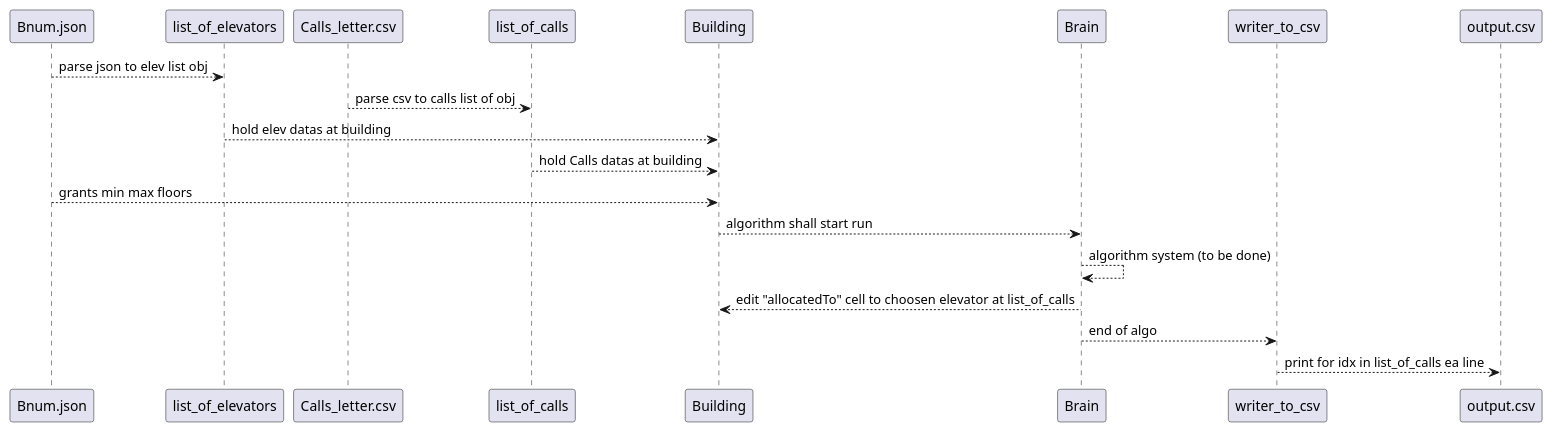
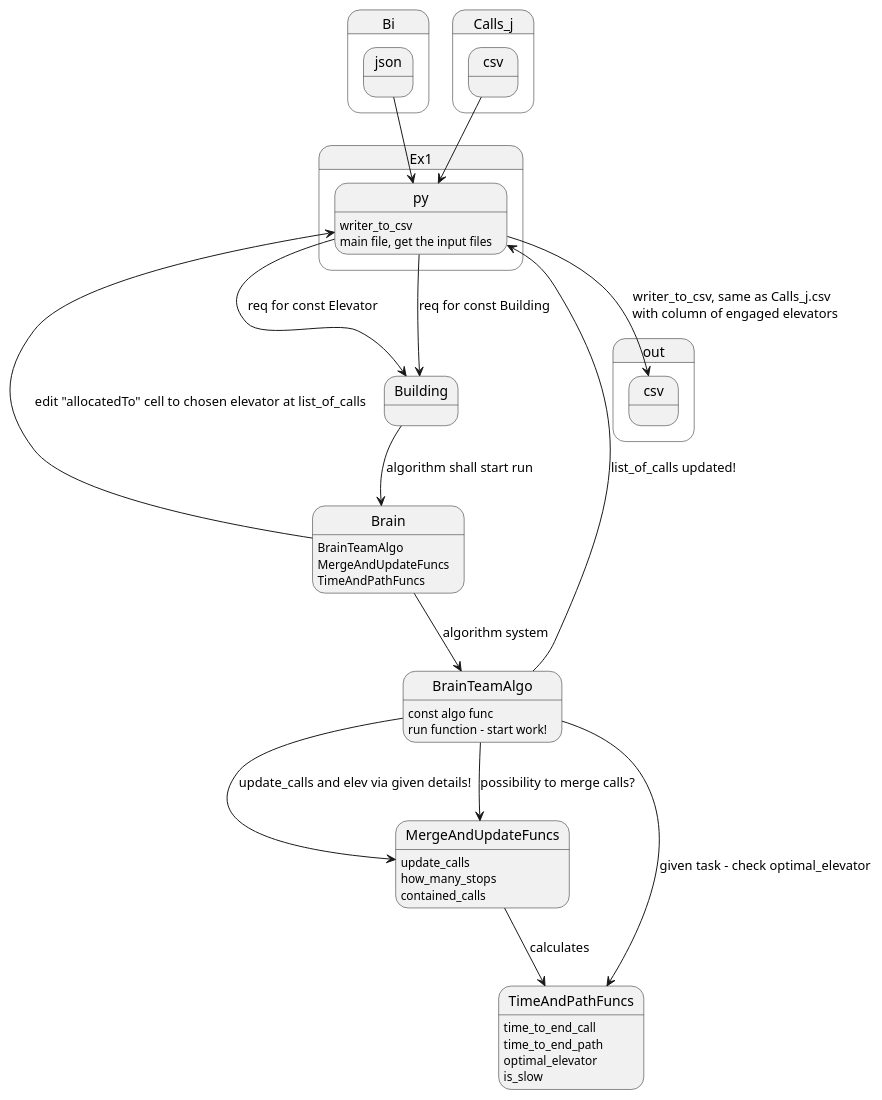
Before and after one commit to amiramir96/Ex1_OOP: the diagram in diagram.puml, drawn with PlantUML. The commit also changed 128 other files, not shown here.

```diff
--- a/diagram.puml
+++ b/diagram.puml
@@ -1,32 +1,60 @@
 @startuml
 'https://plantuml.com/sequence-diagram
 
+'list_of_calls: hold calls, sorted via startTime
+'list_of_elevators: hold elev,no sort
+'writer_to_csv --> output.csv : print for idx in list_of_calls ea line
+Ex1.py: writer_to_csv
+Ex1.py : main file, get the input files
+''elev list Sorted via ID number!
+'Bi.json --> list_of_elevators: parse json to elev list obj
 
-'json file input - building && elevator data
-'Bnum.json
-'csv file input - call for elevator data
-'Calls_letter.csv
+Brain : BrainTeamAlgo
+Brain : MergeAndUpdateFuncs
+Brain : TimeAndPathFuncs
 
-'elev list Sorted via ID number!
-Bnum.json --> list_of_elevators: parse json to elev list obj
+BrainTeamAlgo: const algo func
+BrainTeamAlgo: run function - start work!
 
-'Calls list Sorted via start time of task!!!
-Calls_letter.csv --> list_of_calls: parse csv to calls list of obj
+'the both below funcs is updating the chosen elevator
+'to: currect time and currect position of the end of the chain of task the elev got
+MergeAndUpdateFuncs: update_calls
+MergeAndUpdateFuncs: how_many_stops
+'the func check possibility to merge
+'between calls for the given elevator
+MergeAndUpdateFuncs: contained_calls
+
+'given call and elevator - check time to end call
+TimeAndPathFuncs: time_to_end_call
+'given floors start stop, elevator and start time for the task - check end time
+TimeAndPathFuncs: time_to_end_path
+'given call and list of elevators - which elev
+'will end firs the task
+TimeAndPathFuncs: optimal_elevator
+'given building and elevator if elev is higher or lower/equal from avg speed (then slow)
+TimeAndPathFuncs: is_slow
+
+
+Bi.json --> Ex1.py
+Calls_j.csv --> Ex1.py
 
 'construct the whole environment!
-list_of_elevators --> Building : hold elev datas at building
-list_of_calls --> Building : hold Calls datas at building
-Bnum.json --> Building : grants min max floors
+Ex1.py --> Building : req for const Elevator
+Ex1.py --> Building : req for const Building
+'Bi.json --> Building : grants min max floors
 
 'the brain take his data from Building and only his
 Building --> Brain : algorithm shall start run
 
-Brain --> Brain : algorithm system (to be done)
+Brain --> BrainTeamAlgo : algorithm system
 
-Brain --> Building : edit "allocatedTo" cell to choosen elevator at list_of_calls
+Brain --> Ex1.py : edit "allocatedTo" cell to chosen elevator at list_of_calls
 
-Brain --> writer_to_csv : end of algo
-
-writer_to_csv --> output.csv : print for idx in list_of_calls ea line
-
+BrainTeamAlgo --> TimeAndPathFuncs : given task - check optimal_elevator
+BrainTeamAlgo --> MergeAndUpdateFuncs : possibility to merge calls?
+MergeAndUpdateFuncs --> TimeAndPathFuncs : calculates
+BrainTeamAlgo --> MergeAndUpdateFuncs : update_calls and elev via given details!
+BrainTeamAlgo --> Ex1.py : list_of_calls updated!
+Ex1.py --> out.csv : writer_to_csv, same as Calls_j.csv\
+ \n with column of engaged elevators
 @enduml
```
